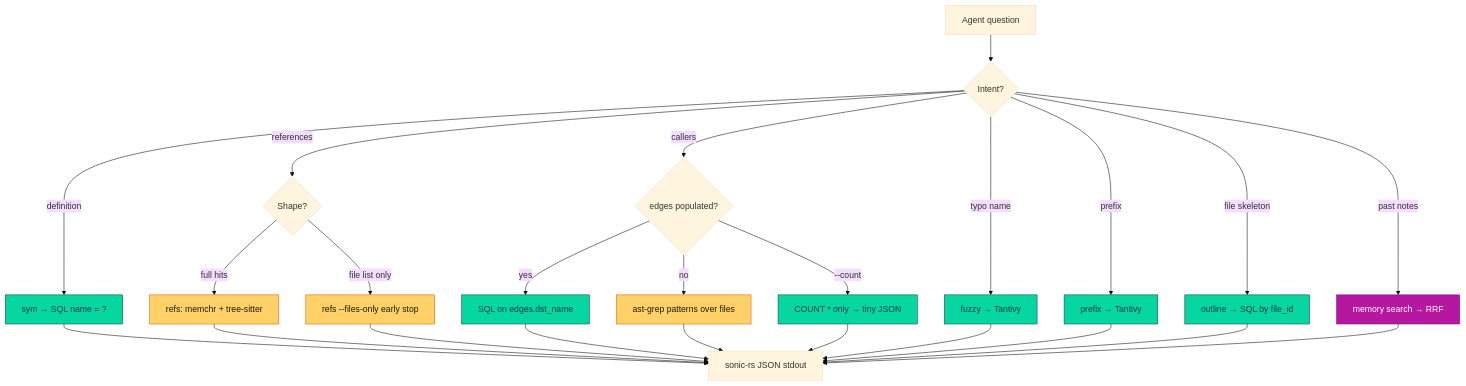
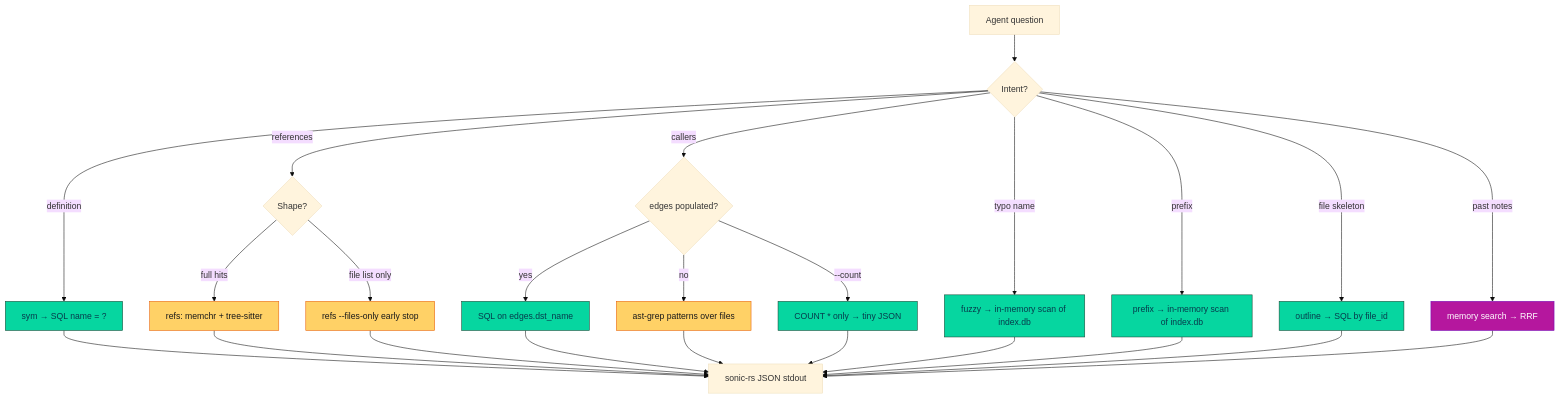
Before and after one commit to crabcc-labs/crabcc: the fifth of 12 diagrams in docs/OVERVIEW.md, drawn with Mermaid. The commit also changed other lines of this file and 20 other files, not shown here.

First line of the commit message:
docs: update README + docs for native fuzzy/prefix (Tantivy removed)

````diff
--- a/docs/OVERVIEW.md
+++ b/docs/OVERVIEW.md
@@ -194,38 +190,38 @@
 ```mermaid
 %%{init: {'theme': 'base'}}%%
 flowchart TD
   Q[Agent question] --> D{Intent?}
 
   D -->|definition| SYM[sym → SQL name = ?]
   D -->|references| REF{Shape?}
   D -->|callers| CAL{edges populated?}
-  D -->|typo name| FUZ[fuzzy → Tantivy]
-  D -->|prefix| PRE[prefix → Tantivy]
+  D -->|typo name| FUZ[fuzzy → in-memory scan of index.db]
+  D -->|prefix| PRE[prefix → in-memory scan of index.db]
   D -->|file skeleton| OUT[outline → SQL by file_id]
   D -->|past notes| MEM[memory search → RRF]
 
   REF -->|full hits| R1[refs: memchr + tree-sitter]
   REF -->|file list only| R2[refs --files-only early stop]
   CAL -->|yes| C1[SQL on edges.dst_name]
   CAL -->|no| C2[ast-grep patterns over files]
   CAL -->|--count| C3[COUNT * only → tiny JSON]
 
   SYM --> OUTJSON[sonic-rs JSON stdout]
   R1 --> OUTJSON
   R2 --> OUTJSON
   C1 --> OUTJSON
   C2 --> OUTJSON
   C3 --> OUTJSON
   FUZ --> OUTJSON
   PRE --> OUTJSON
   OUT --> OUTJSON
   MEM --> OUTJSON
 
   classDef fast fill:#06d6a0,stroke:#1b4332,color:#073b4c
   classDef slow fill:#ffd166,stroke:#e85d04,color:#1a1a1a
   classDef mem fill:#b5179e,stroke:#7209b7,color:#fff
 
   class SYM,C1,C3,FUZ,PRE,OUT fast
   class R1,R2,C2 slow
   class MEM mem
 ```
````
